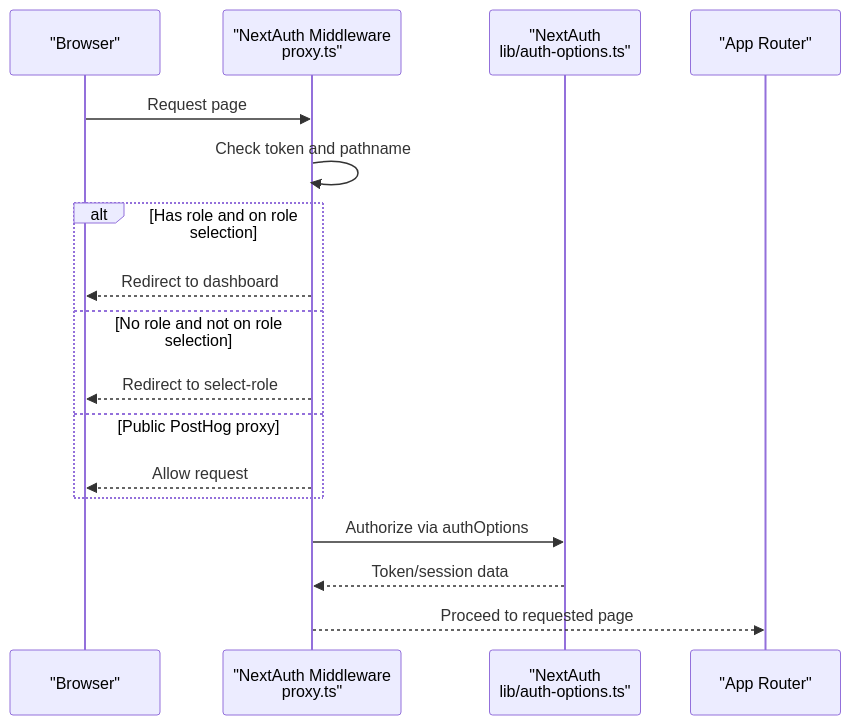
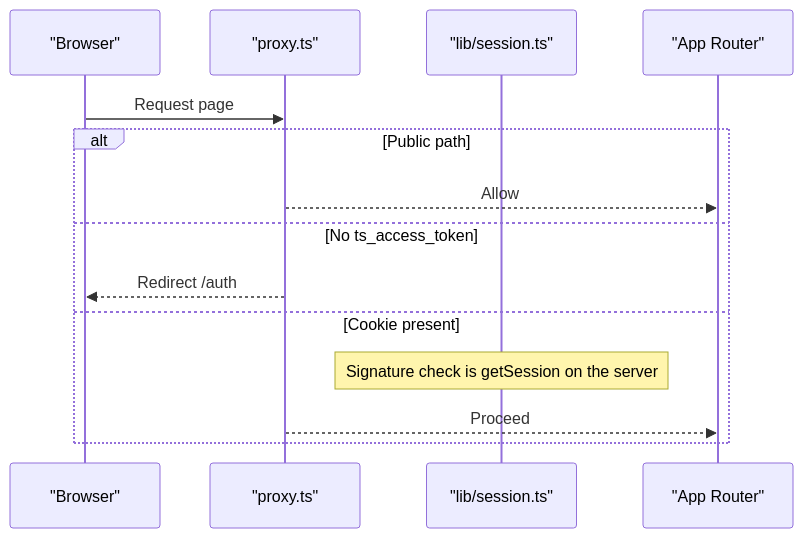
Before and after one commit to tashifkhan/tashif.codes: the fourth of 11 diagrams in src/data/docs/talentsync/Frontend Application/Next.js Application Architecture.md, drawn with Mermaid. The commit also changed other lines of this file and 2128 other files, not shown here.

First line of the commit message:
docs: replace raster diagram images with native Mermaid across project guides

````diff
--- a/src/data/docs/talentsync/Frontend Application/Next.js Application Architecture.md
+++ b/src/data/docs/talentsync/Frontend Application/Next.js Application Architecture.md
@@ -161,19 +159,16 @@
 ```mermaid
 sequenceDiagram
 participant Browser as "Browser"
-participant Middleware as "NextAuth Middleware<br/>proxy.ts"
-participant NextAuth as "NextAuth<br/>lib/auth-options.ts"
+participant Middleware as "proxy.ts"
+participant Session as "lib/session.ts"
 participant Router as "App Router"
 Browser->>Middleware : Request page
-Middleware->>Middleware : Check token and pathname
-alt Has role and on role selection
-Middleware-->>Browser : Redirect to dashboard
-else No role and not on role selection
-Middleware-->>Browser : Redirect to select-role
-else Public PostHog proxy
-Middleware-->>Browser : Allow request
+alt Public path
+Middleware-->>Router : Allow
+else No ts_access_token
+Middleware-->>Browser : Redirect /auth
+else Cookie present
+Note over Session : Signature check is getSession on the server
+Middleware-->>Router : Proceed
 end
-Middleware->>NextAuth : Authorize via authOptions
-NextAuth-->>Middleware : Token/session data
-Middleware-->>Router : Proceed to requested page
 ```
````
